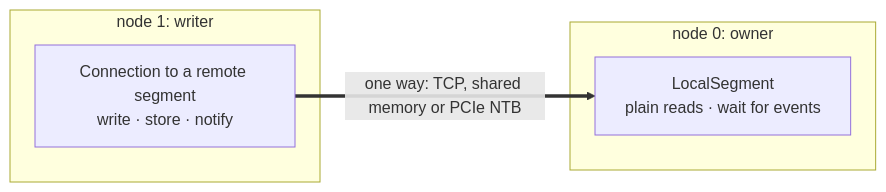
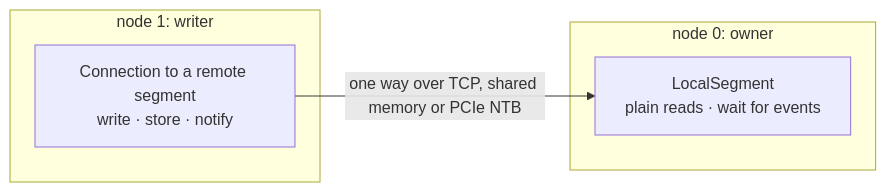
The diagram in README.md (oguzhankynk/pushseg), drawn with Mermaid before and after one commit.

Commit message:
README: diagram in the form GitHub renders

````diff
--- a/README.md
+++ b/README.md
@@ -16,10 +16,10 @@
 ```mermaid
 flowchart LR
-    subgraph writer["node 1: writer"]
-        c["Connection to a remote segment<br/>write · store · notify"]
-    end
-    subgraph owner["node 0: owner"]
-        s["LocalSegment<br/>plain reads · wait for events"]
-    end
-    c ==>|one way: TCP, shared memory or PCIe NTB| s
+  subgraph wr["node 1: writer"]
+    conn["Connection to a remote segment<br/>write · store · notify"]
+  end
+  subgraph ow["node 0: owner"]
+    seg["LocalSegment<br/>plain reads · wait for events"]
+  end
+  conn -->|one way over TCP, shared memory or PCIe NTB| seg
 ```
````
